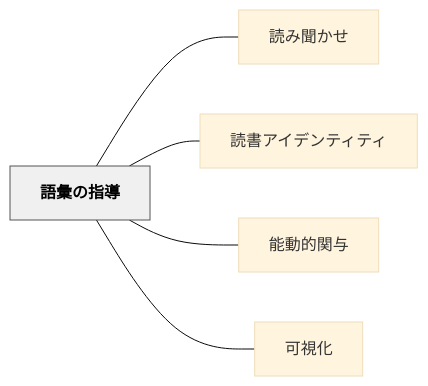
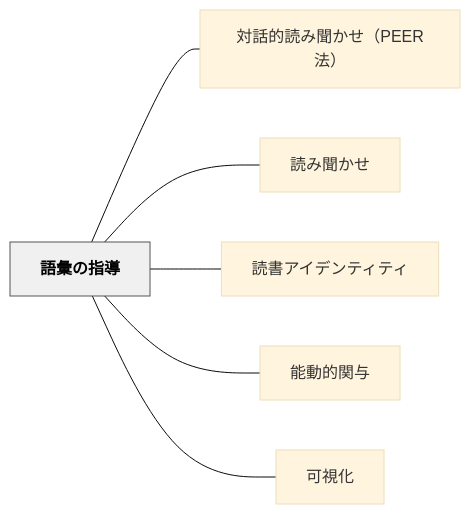
One commit to unknownthings-ed-patterns/unknownthings-ed-patterns changed the diagram in content/パタン/語彙の指導.md. Above: the diagram before and after it, drawn with Mermaid (base theme). The commit also changed other lines of this file and 473 other files, not shown here.

````diff
--- a/content/パタン/語彙の指導.md
+++ b/content/パタン/語彙の指導.md
@@ -79,16 +80,18 @@
 ```mermaid
 flowchart LR
     ne8aa9ee5bd99["語彙の指導"]
+    ne5afbee8a9b1["対話的読み聞かせ（PEER法）"]
     ne8aaade381bf["読み聞かせ"]
     ne8aaade69bb8["読書アイデンティティ"]
     ne883bde58b95["能動的関与"]
     ne58fafe8a696["可視化"]
 
+    ne8aa9ee5bd99 --- ne5afbee8a9b1
     ne8aa9ee5bd99 --- ne8aaade381bf
     ne8aa9ee5bd99 --- ne8aaade69bb8
     ne8aa9ee5bd99 --- ne883bde58b95
     ne8aa9ee5bd99 --- ne58fafe8a696
 
     classDef hub fill:#f0f0f0,stroke:#555,color:#000,font-weight:bold
     class ne8aa9ee5bd99 hub
 ```
````
